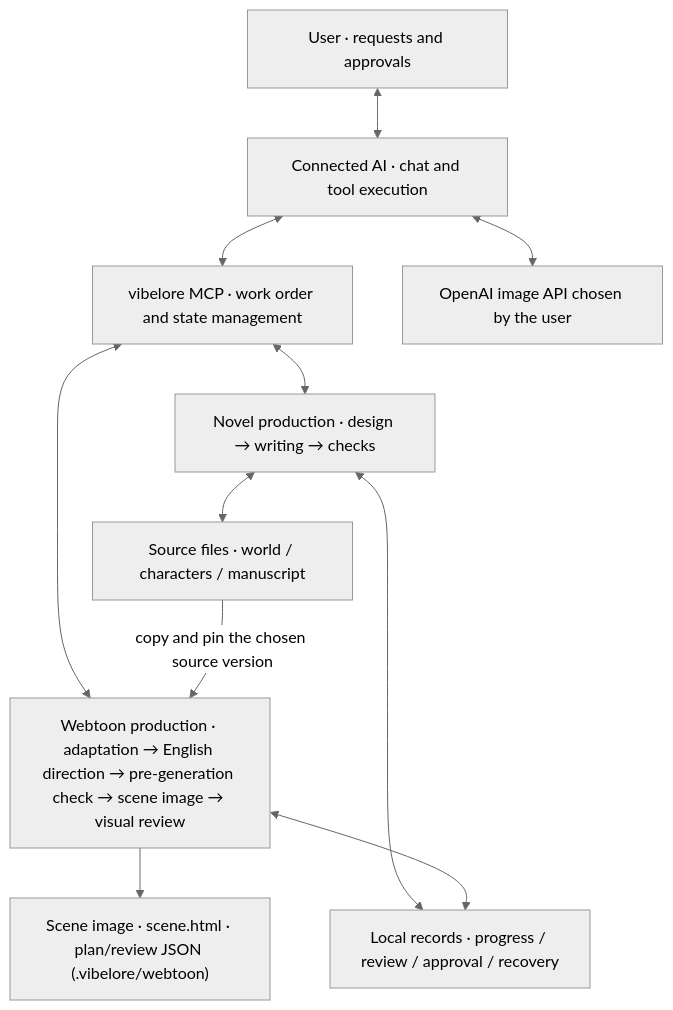
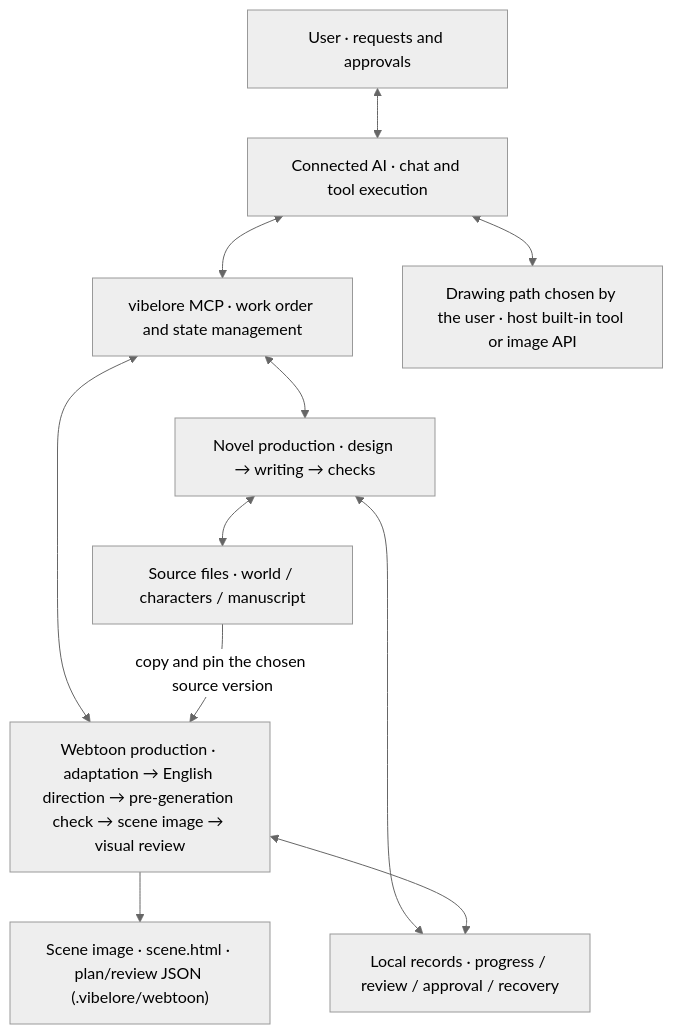
The first of 6 diagrams in docs/ARCHITECTURE.en.md (fbwndrud/vibelore), drawn with Mermaid (neutral theme) before and after one commit. The commit also changed other lines of this file and 17 other files, not shown here.

````diff
--- a/docs/ARCHITECTURE.en.md
+++ b/docs/ARCHITECTURE.en.md
@@ -14,13 +14,13 @@
 ```mermaid
 flowchart TB
     U["User · requests and approvals"] <--> H["Connected AI · chat and tool execution"]
     H <--> V["vibelore MCP · work order and state management"]
-    H <--> G["OpenAI image API chosen by the user"]
+    H <--> G["Drawing path chosen by the user · host built-in tool or image API"]
     V <--> N["Novel production · design → writing → checks"]
     V <--> W["Webtoon production · adaptation → English direction → pre-generation check → scene image → visual review"]
     N <--> C["Source files · world / characters / manuscript"]
     C -->|"copy and pin the chosen source version"| W
     W --> O["Scene image · scene.html · plan/review JSON (.vibelore/webtoon)"]
     N <--> S["Local records · progress / review / approval / recovery"]
     W <--> S
 ```
````
